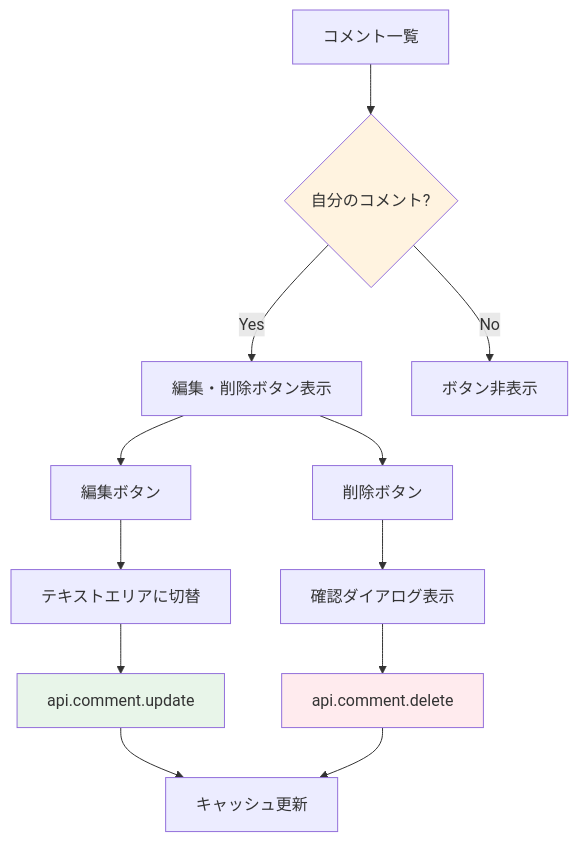
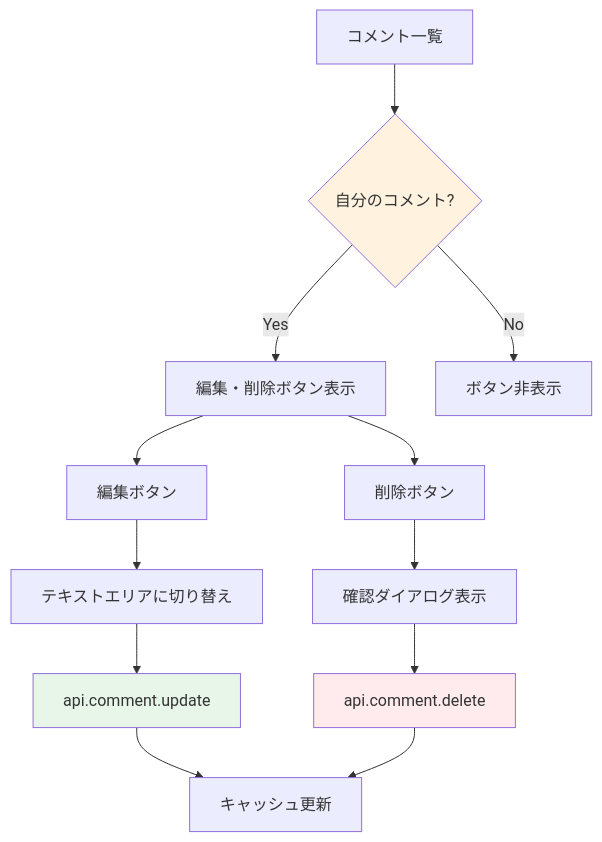
The diagram in material/30days-curriculum/day19_コメント編集・削除.md (kouiso/task-app), drawn with Mermaid before and after one commit. The commit also changed other lines of this file and 103 other files, not shown here.

````diff
--- a/material/30days-curriculum/day19_コメント編集・削除.md
+++ b/material/30days-curriculum/day19_コメント編集・削除.md
@@ -29,18 +29,18 @@
 ```mermaid
 flowchart TD
     A[コメント一覧] --> B{自分のコメント?}
     B -->|Yes| C[編集・削除ボタン表示]
     B -->|No| D[ボタン非表示]
     C --> E[編集ボタン]
     C --> F[削除ボタン]
-    E --> G[テキストエリアに切替]
+    E --> G[テキストエリアに切り替え]
     G --> H[api.comment.update]
     F --> I[確認ダイアログ表示]
     I --> J[api.comment.delete]
     H --> K[キャッシュ更新]
     J --> K
 
     style B fill:#fff3e0
     style H fill:#e8f5e9
     style J fill:#ffebee
 ```
````
